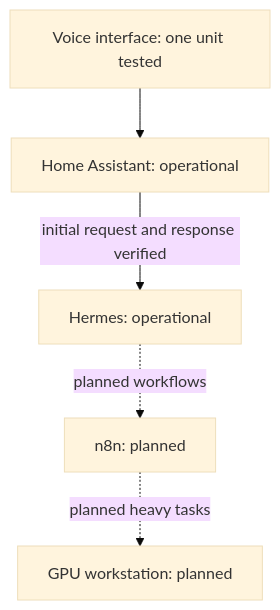
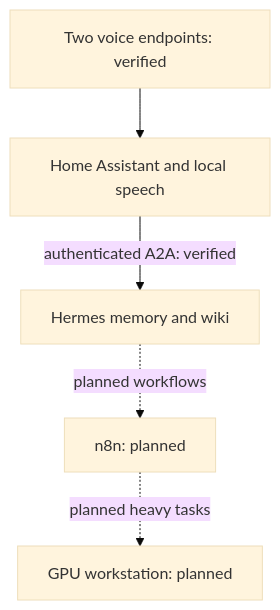
The second of 2 diagrams in docs/architecture.md (DeadPol8789/homelab), drawn with Mermaid (base theme) before and after one commit. The commit also changed other lines of this file and 6 other files, not shown here.

Commit message:
Update, H. Assistant voice, A2A, wiki, and backups

````diff
--- a/docs/architecture.md
+++ b/docs/architecture.md
@@ -72,7 +72,7 @@
 ```mermaid
 flowchart TD
-    VOICE["Voice interface: one unit tested"] --> HA["Home Assistant: operational"]
-    HA -->|"initial request and response verified"| HERMES["Hermes: operational"]
+    VOICE["Two voice endpoints: verified"] --> HA["Home Assistant and local speech"]
+    HA -->|"authenticated A2A: verified"| HERMES["Hermes memory and wiki"]
     HERMES -. "planned workflows" .-> N8N["n8n: planned"]
     N8N -. "planned heavy tasks" .-> GPU["GPU workstation: planned"]
 ```
````
